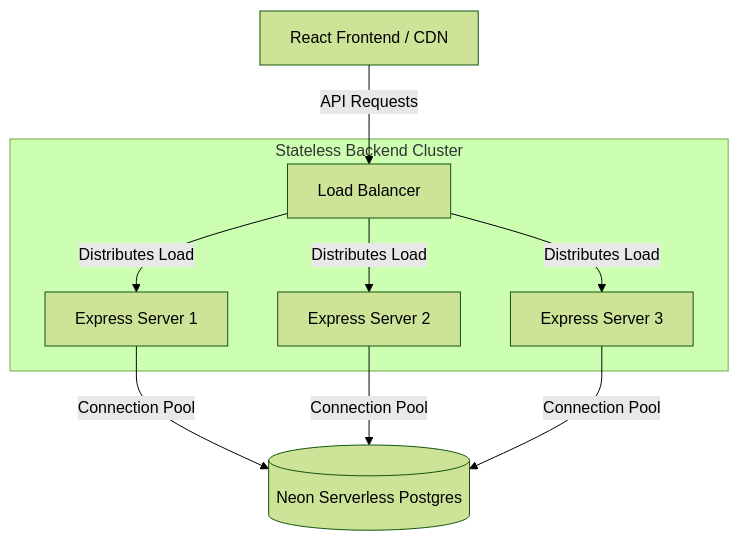
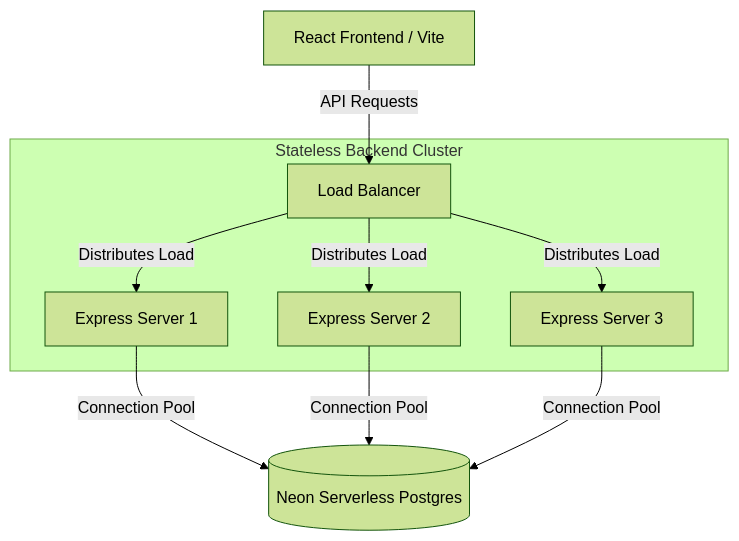
The diagram in README.md (Abhi-engg/Support-CRM), drawn with Mermaid (forest theme) before and after one commit. The commit also changed other lines of this file and 1 other file, not shown here.

````diff
--- a/README.md
+++ b/README.md
@@ -29,14 +33,14 @@
 ```mermaid
 graph TD
-    Client[React Frontend / CDN] -->|API Requests| LB[Load Balancer]
+    Client[React Frontend / Vite] -->|API Requests| LB[Load Balancer]
     
     subgraph Stateless Backend Cluster
     LB -->|Distributes Load| Node1[Express Server 1]
     LB -->|Distributes Load| Node2[Express Server 2]
     LB -->|Distributes Load| Node3[Express Server 3]
     end
 
     Node1 -->|Connection Pool| DB[(Neon Serverless Postgres)]
     Node2 -->|Connection Pool| DB
     Node3 -->|Connection Pool| DB
 ```
````
